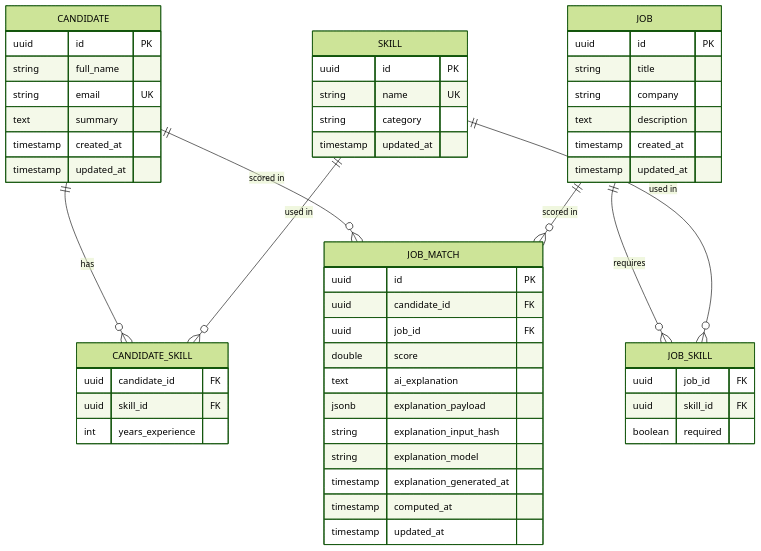
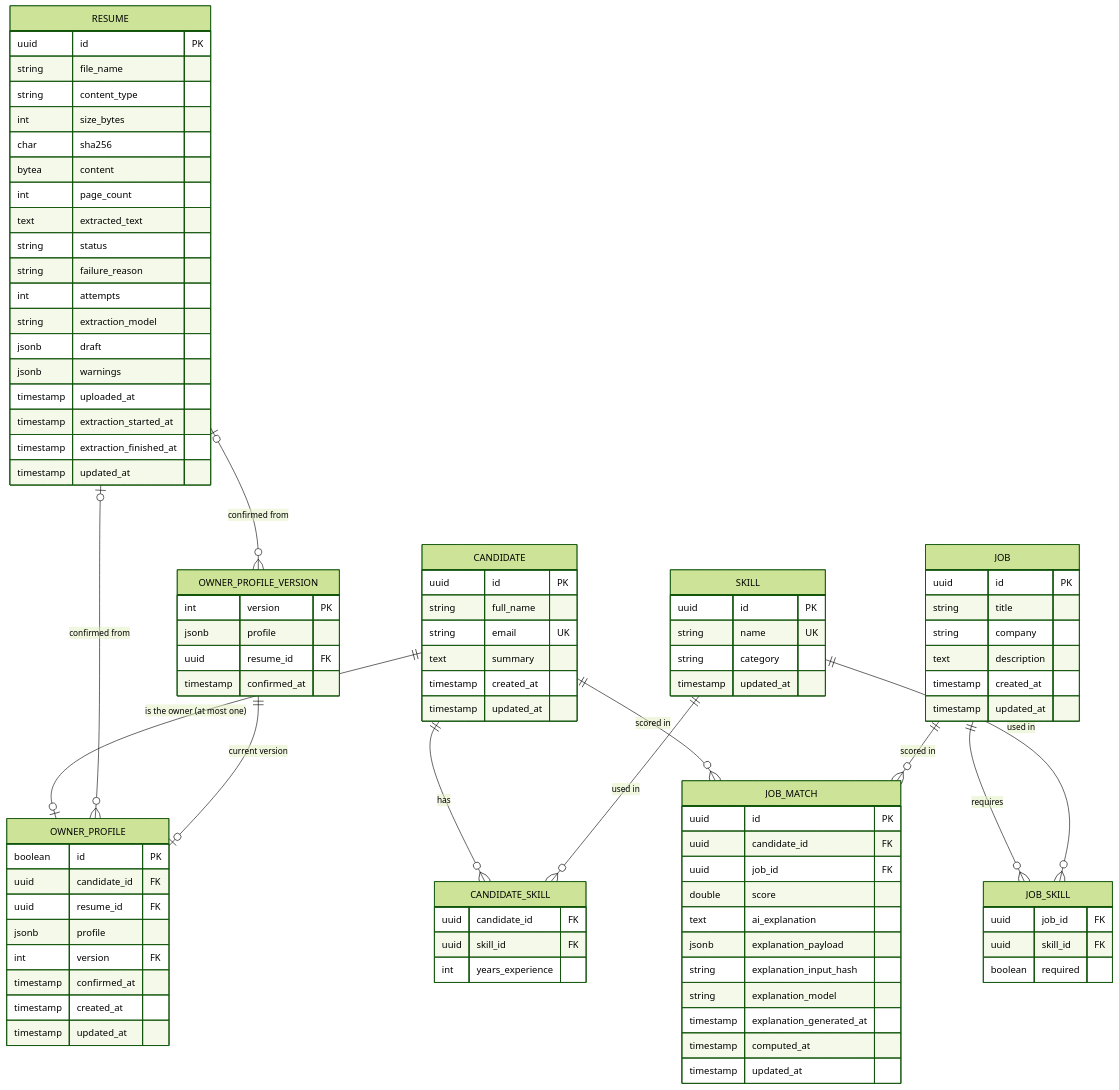
Before and after one commit to SeanXIV/talentmatch-ai: the diagram in DATA_MODEL.md, drawn with Mermaid (forest theme). The commit also changed other lines of this file and 75 other files, not shown here.

````diff
--- a/DATA_MODEL.md
+++ b/DATA_MODEL.md
@@ -19,6 +21,10 @@
     SKILL ||--o{ JOB_SKILL : "used in"
     CANDIDATE ||--o{ JOB_MATCH : "scored in"
     JOB ||--o{ JOB_MATCH : "scored in"
+    CANDIDATE ||--o| OWNER_PROFILE : "is the owner (at most one)"
+    RESUME |o--o{ OWNER_PROFILE : "confirmed from"
+    OWNER_PROFILE_VERSION ||--o| OWNER_PROFILE : "current version"
+    RESUME |o--o{ OWNER_PROFILE_VERSION : "confirmed from"
 
     CANDIDATE {
         uuid id PK
@@ -70,4 +76,43 @@
         timestamp computed_at
         timestamp updated_at
     }
+
+    RESUME {
+        uuid id PK
+        string file_name
+        string content_type
+        int size_bytes
+        char sha256
+        bytea content
+        int page_count
+        text extracted_text
+        string status
+        string failure_reason
+        int attempts
+        string extraction_model
+        jsonb draft
+        jsonb warnings
+        timestamp uploaded_at
+        timestamp extraction_started_at
+        timestamp extraction_finished_at
+        timestamp updated_at
+    }
+
+    OWNER_PROFILE {
+        boolean id PK
+        uuid candidate_id FK
+        uuid resume_id FK
+        jsonb profile
+        int version FK
+        timestamp confirmed_at
+        timestamp created_at
+        timestamp updated_at
+    }
+
+    OWNER_PROFILE_VERSION {
+        int version PK
+        jsonb profile
+        uuid resume_id FK
+        timestamp confirmed_at
+    }
 ```
````
